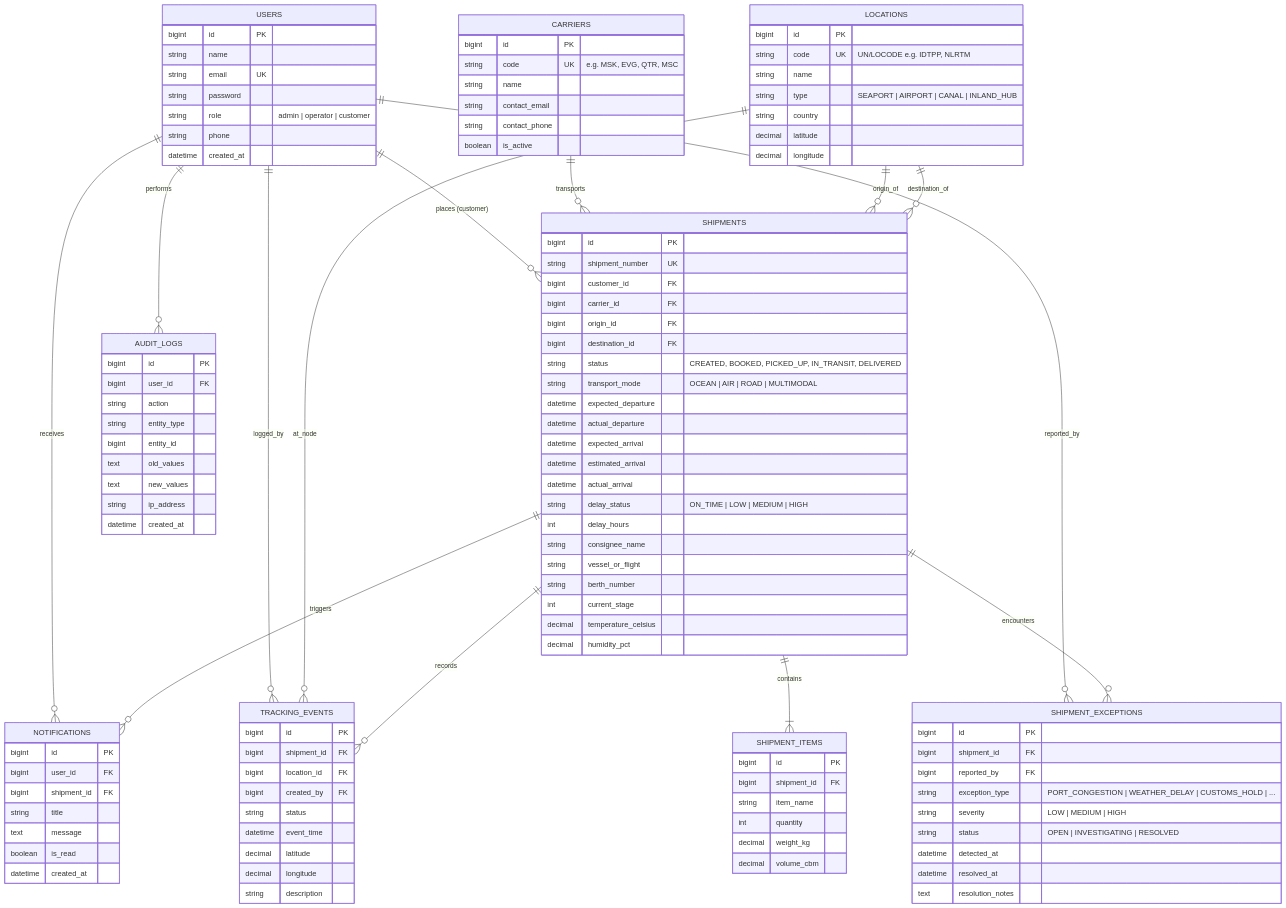
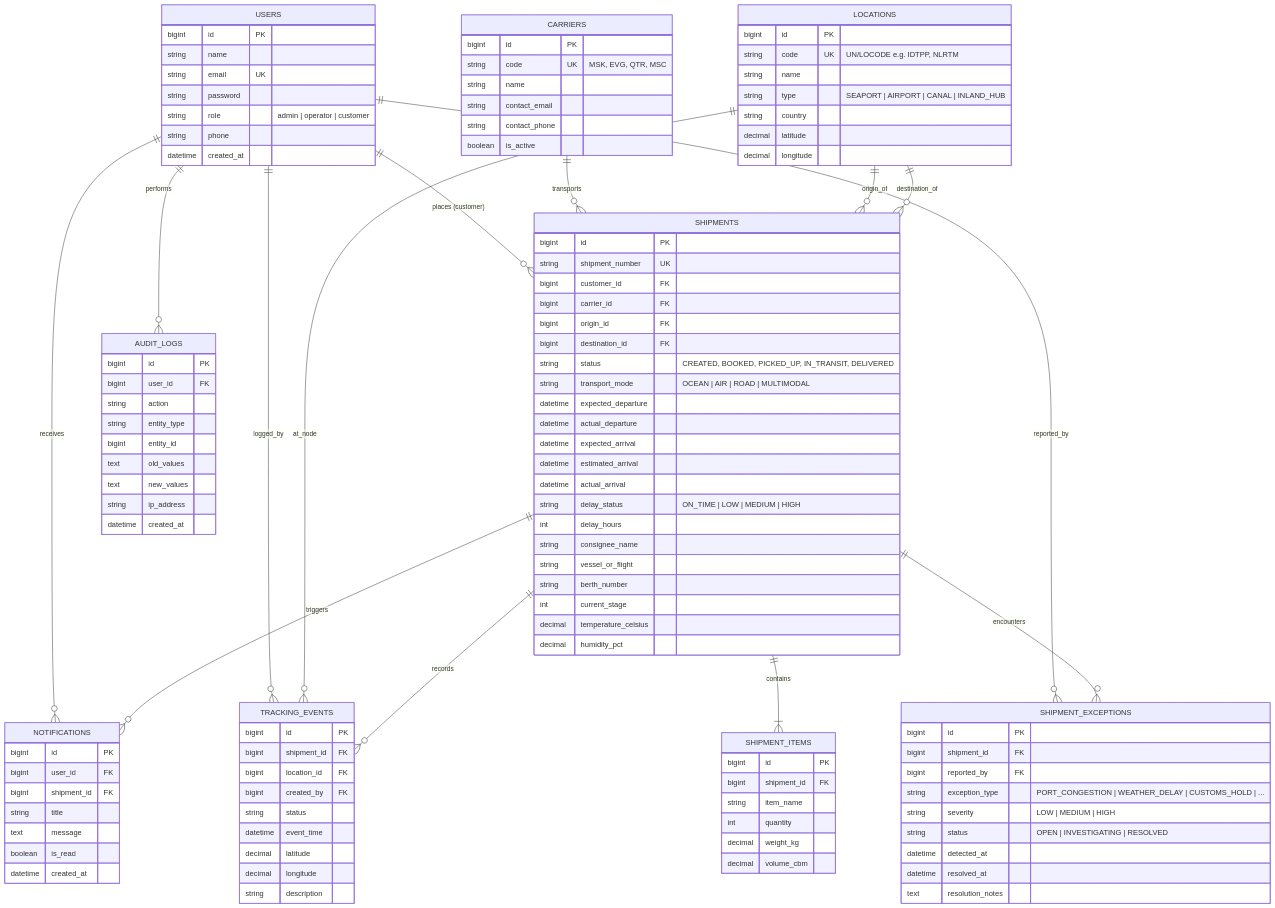
Before and after one commit to Antares-93/CargoTrace-VECTOR: the diagram in README.md, drawn with Mermaid. The commit also changed other lines of this file and 16 other files, not shown here.

```diff
--- a/README.md
+++ b/README.md
@@ -100,7 +154,7 @@
 
     CARRIERS {
         bigint id PK
-        string code UK "e.g. MSK, EVG, QTR, MSC"
+        string code UK "MSK, EVG, QTR, MSC"
         string name
         string contact_email
         string contact_phone
```
